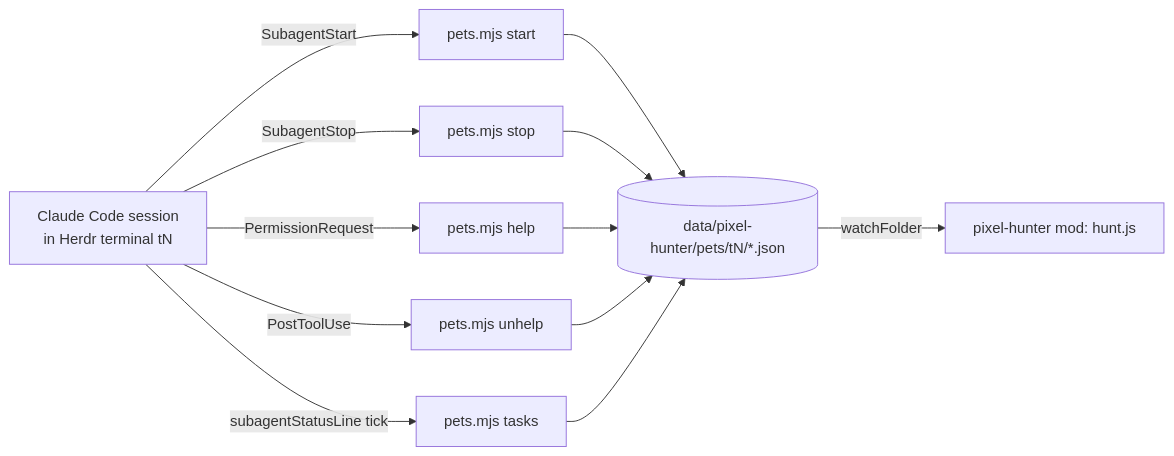
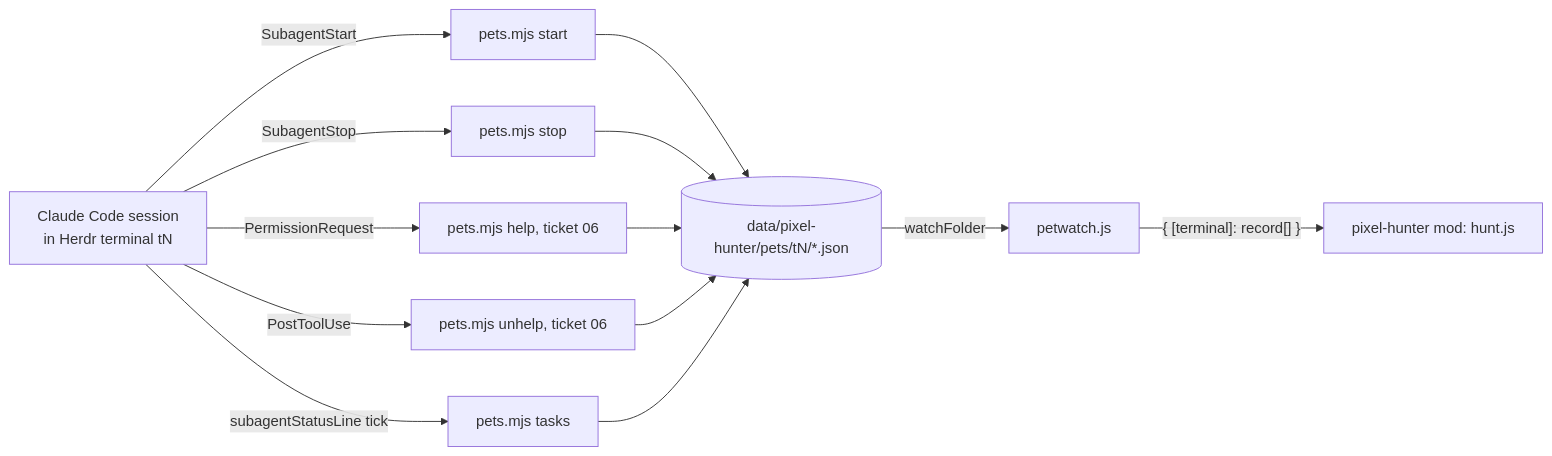
One commit to chuan-khuna/altr-herdr-pixel-hunter changed the diagram in docs/documents/pet-tracking-hooks.md. Above: the diagram before and after it, drawn with Mermaid. The commit also changed other lines of this file and 47 other files, not shown here.

First line of the commit message:
feat: Pets in the sidebar (ticket 05)

````diff
--- a/docs/documents/pet-tracking-hooks.md
+++ b/docs/documents/pet-tracking-hooks.md
@@ -30,10 +31,11 @@
 ```mermaid
 flowchart LR
   CC[Claude Code session<br>in Herdr terminal tN] -->|SubagentStart| S[pets.mjs start]
   CC -->|SubagentStop| X[pets.mjs stop]
-  CC -->|PermissionRequest| P[pets.mjs help]
-  CC -->|PostToolUse| U[pets.mjs unhelp]
+  CC -->|PermissionRequest| P[pets.mjs help, ticket 06]
+  CC -->|PostToolUse| U[pets.mjs unhelp, ticket 06]
   CC -->|subagentStatusLine tick| T[pets.mjs tasks]
   S & X & P & U & T --> F[(data/pixel-hunter/pets/tN/*.json)]
-  F -->|watchFolder| M[pixel-hunter mod: hunt.js]
+  F -->|watchFolder| W[petwatch.js]
+  W -->|"{ [terminal]: record[] }"| M[pixel-hunter mod: hunt.js]
 ```
````
